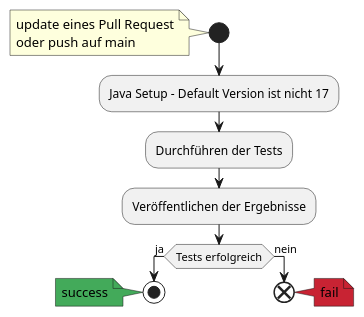
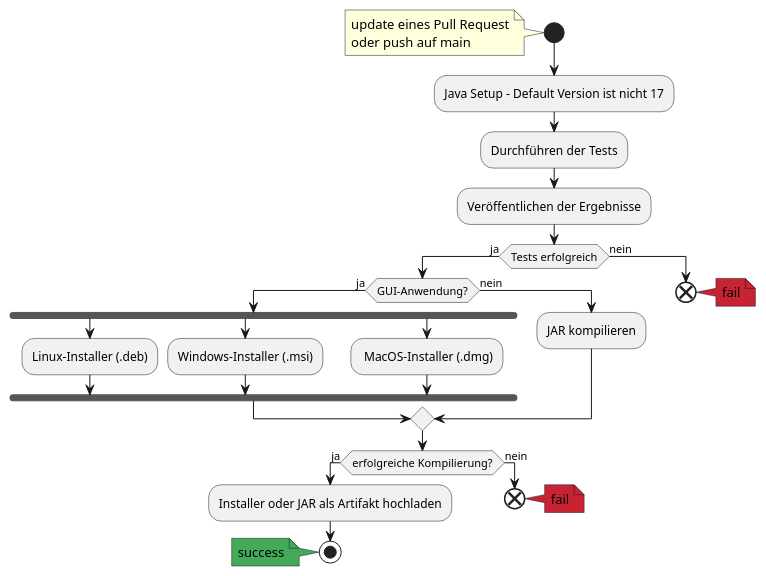
One commit to weichware-10/repo-aid changed the diagram in diagrams/tests.puml. Above: the diagram before and after it, drawn with PlantUML.

Commit message:
[docs] test workflow

```diff
--- a/diagrams/tests.puml
+++ b/diagrams/tests.puml
@@ -1,21 +1,38 @@
 @startuml tests
 
 start
 note
     update eines Pull Request
     oder push auf main
 end note
 
 :Java Setup - Default Version ist nicht 17;
 :Durchführen der Tests;
 :Veröffentlichen der Ergebnisse;
 
 if (Tests erfolgreich) then (ja)
-    stop
-    note left #43aa5a : success
+    if (GUI-Anwendung?) then (ja)
+        fork
+            :Linux-Installer (.deb);
+        fork again
+            :Windows-Installer (.msi);
+        fork again
+            : MacOS-Installer (.dmg);
+        end fork
+    else (nein)
+        :JAR kompilieren;
+    endif
+    if (erfolgreiche Kompilierung?) then (ja)
+        :Installer oder JAR als Artifakt hochladen;
+        stop
+        note left #43aa5a : success
+    else (nein)
+        end
+        note right #C82333 : fail
+    endif
 else (nein)
     end
     note right #C82333 : fail
 endif
 
 @enduml
```
